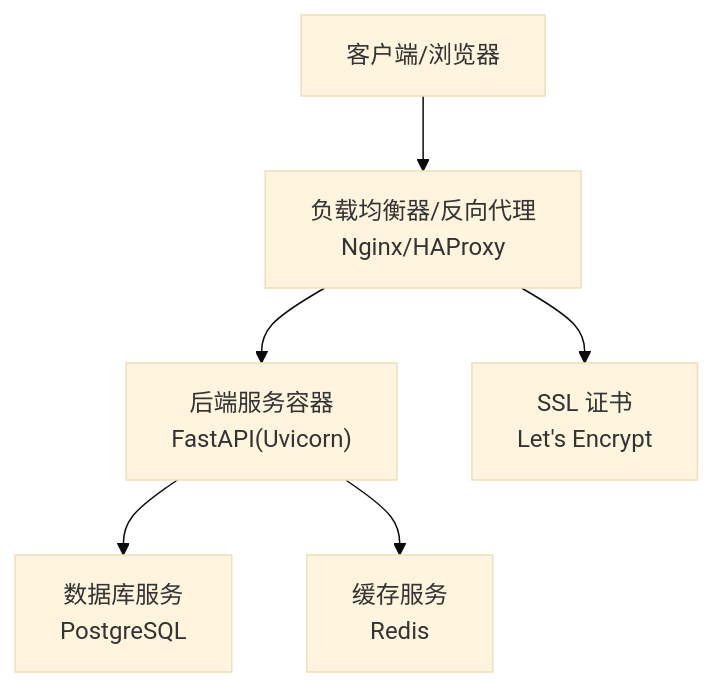
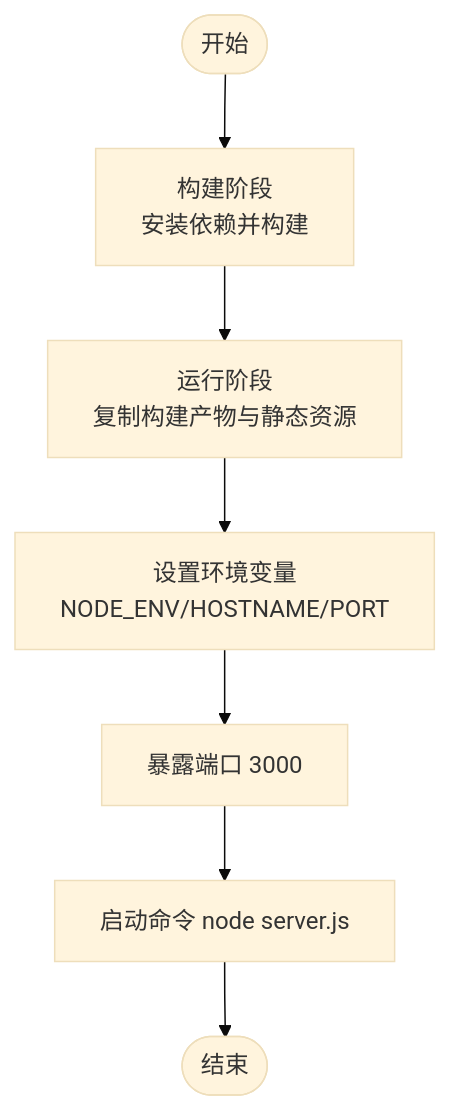
Before and after one commit to sansansansansan2022-web/hotclaw: the third of 7 diagrams in .qoder/repowiki/zh/content/部署指南/部署指南.md, drawn with Mermaid (base theme). The commit also changed other lines of this file and 288 other files, not shown here.

````diff
--- a/.qoder/repowiki/zh/content/部署指南/部署指南.md
+++ b/.qoder/repowiki/zh/content/部署指南/部署指南.md
@@ -99,14 +168,9 @@
 ```mermaid
-graph TB
-CLIENT["客户端/浏览器"]
-LB["负载均衡器/反向代理<br/>Nginx/HAProxy"]
-SVC["后端服务容器<br/>FastAPI(Uvicorn)"]
-DB["数据库服务<br/>PostgreSQL"]
-CACHE["缓存服务<br/>Redis"]
-CERT["SSL 证书<br/>Let's Encrypt"]
-CLIENT --> LB
-LB --> CERT
-LB --> SVC
-SVC --> DB
-SVC --> CACHE
+flowchart TD
+Start(["开始"]) --> BuildStage["构建阶段<br/>安装依赖并构建"]
+BuildStage --> RunnerStage["运行阶段<br/>复制构建产物与静态资源"]
+RunnerStage --> Env["设置环境变量<br/>NODE_ENV/HOSTNAME/PORT"]
+Env --> Expose["暴露端口 3000"]
+Expose --> CMD["启动命令 node server.js"]
+CMD --> End(["结束"])
 ```
````
